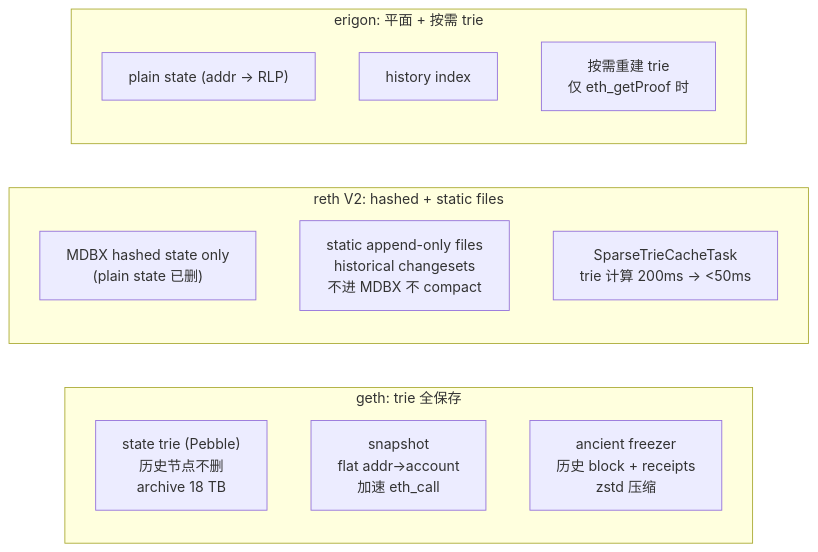
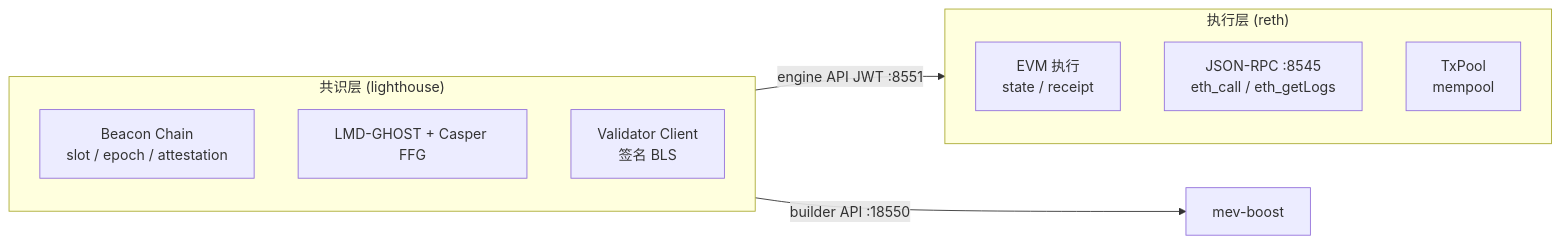
The second of 30 diagrams in web3-engineer-guide/11-基础设施与工具/README.md (ChuwuYo/misc-files), drawn with Mermaid before and after one commit. The commit also changed other lines of this file and 211 other files, not shown here.

````diff
--- a/web3-engineer-guide/11-基础设施与工具/README.md
+++ b/web3-engineer-guide/11-基础设施与工具/README.md
@@ -134,18 +56,15 @@
 ```mermaid
 flowchart LR
-    subgraph Geth["geth: trie 全保存"]
-        GA["state trie (Pebble)<br/>历史节点不删<br/>archive 18 TB"]
-        GS["snapshot<br/>flat addr->account<br/>加速 eth_call"]
-        GF["ancient freezer<br/>历史 block + receipts<br/>zstd 压缩"]
+    subgraph EL["执行层 (reth)"]
+        EVM["EVM 执行<br/>state / receipt"]
+        JSONRPC["JSON-RPC :8545<br/>eth_call / eth_getLogs"]
+        TxPool["TxPool<br/>mempool"]
     end
-    subgraph Reth["reth V2: hashed + static files"]
-        RH["MDBX hashed state only<br/>(plain state 已删)"]
-        RS["static append-only files<br/>historical changesets<br/>不进 MDBX 不 compact"]
-        RC["SparseTrieCacheTask<br/>trie 计算 200ms -> <50ms"]
+    subgraph CL["共识层 (lighthouse)"]
+        Beacon["Beacon Chain<br/>slot / epoch / attestation"]
+        ForkChoice["LMD-GHOST + Casper FFG"]
+        VC["Validator Client<br/>签名 BLS"]
     end
-    subgraph Erigon["erigon: 平面 + 按需 trie"]
-        EP["plain state (addr -> RLP)"]
-        EH["history index"]
-        EO["按需重建 trie<br/>仅 eth_getProof 时"]
-    end
+    CL -->|engine API JWT :8551| EL
+    CL -->|builder API :18550| MevBoost["mev-boost"]
 ```
````
